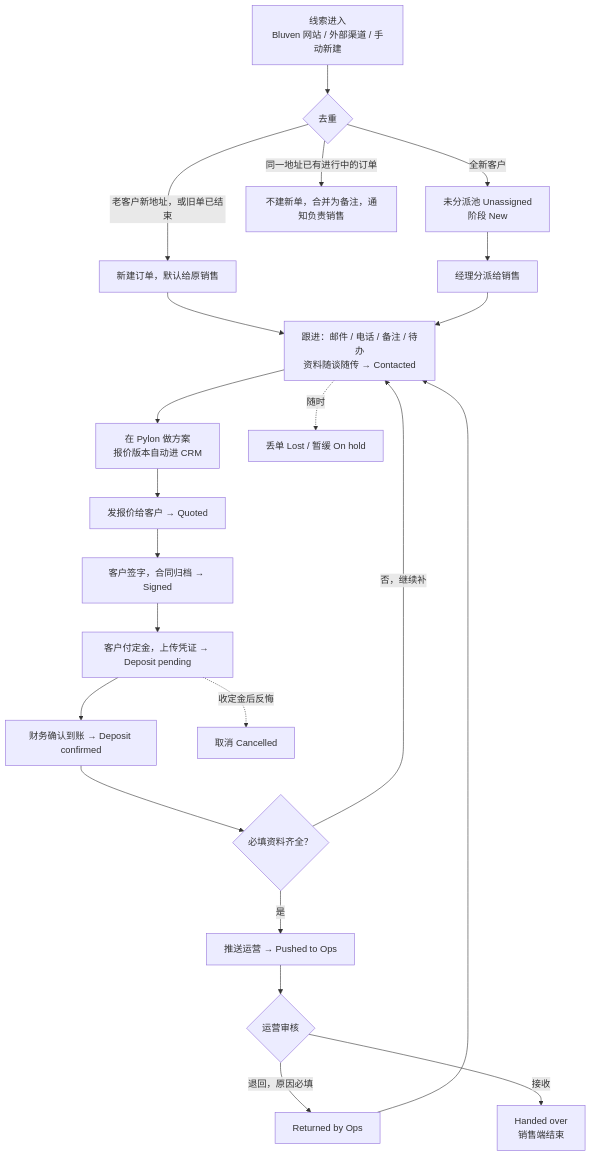
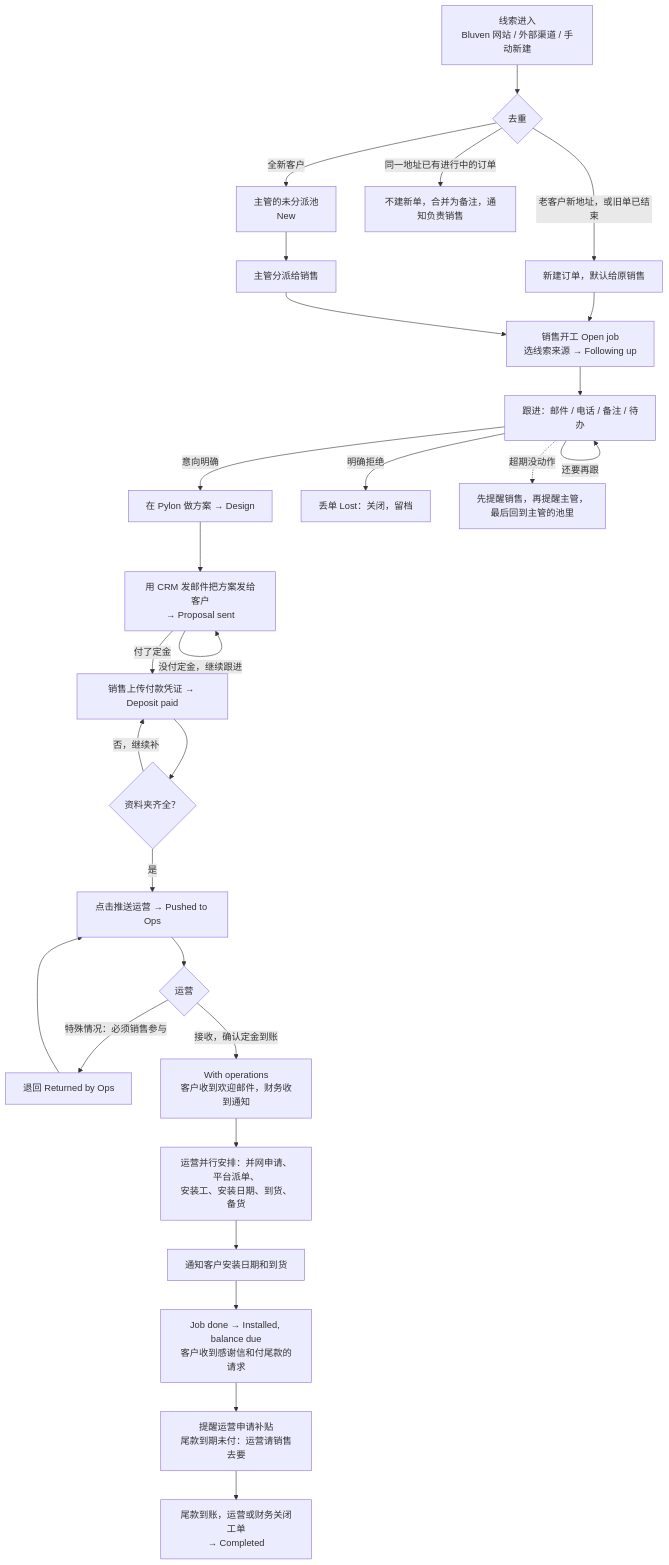
Before and after one commit to DDuu123321/bluven-crm: the diagram in docs/sales-process-guide.md, drawn with Mermaid. The commit also changed other lines of this file and 4 other files, not shown here.

First line of the commit message:
Documents rewritten for the flow from lead to closed job

````diff
--- a/docs/sales-process-guide.md
+++ b/docs/sales-process-guide.md
@@ -55,22 +65,28 @@
 ```mermaid
 flowchart TD
   A["线索进入<br/>Bluven 网站 / 外部渠道 / 手动新建"] --> B{"去重"}
-  B -->|"全新客户"| C["未分派池 Unassigned<br/>阶段 New"]
-  B -->|"老客户新地址，或旧单已结束"| C2["新建订单，默认给原销售"] --> F
+  B -->|"全新客户"| C["主管的未分派池<br/>New"]
+  B -->|"老客户新地址，或旧单已结束"| C2["新建订单，默认给原销售"] --> E2
   B -->|"同一地址已有进行中的订单"| D["不建新单，合并为备注，通知负责销售"]
-  C --> E["经理分派给销售"]
-  E --> F["跟进：邮件 / 电话 / 备注 / 待办<br/>资料随谈随传 → Contacted"]
-  F --> G["在 Pylon 做方案<br/>报价版本自动进 CRM"]
-  G --> H["发报价给客户 → Quoted"]
-  H --> I["客户签字，合同归档 → Signed"]
-  I --> J["客户付定金，上传凭证 → Deposit pending"]
-  J --> K["财务确认到账 → Deposit confirmed"]
-  K --> L{"必填资料齐全？"}
-  L -->|"否，继续补"| F
-  L -->|"是"| M["推送运营 → Pushed to Ops"]
-  M --> N{"运营审核"}
-  N -->|"退回，原因必填"| O["Returned by Ops"] --> F
-  N -->|"接收"| P["Handed over<br/>销售端结束"]
-  F -.->|"随时"| X["丢单 Lost / 暂缓 On hold"]
-  J -.->|"收定金后反悔"| Y["取消 Cancelled"]
+  C --> E["主管分派给销售"]
+  E --> E2["销售开工 Open job<br/>选线索来源 → Following up"]
+  E2 --> F["跟进：邮件 / 电话 / 备注 / 待办"]
+  F -->|"意向明确"| G["在 Pylon 做方案 → Design"]
+  F -->|"还要再跟"| F
+  F -->|"明确拒绝"| X["丢单 Lost：关闭，留档"]
+  F -.->|"超期没动作"| R["先提醒销售，再提醒主管，<br/>最后回到主管的池里"]
+  G --> H["用 CRM 发邮件把方案发给客户<br/>→ Proposal sent"]
+  H -->|"没付定金，继续跟进"| H
+  H -->|"付了定金"| J["销售上传付款凭证 → Deposit paid"]
+  J --> L{"资料夹齐全？"}
+  L -->|"否，继续补"| J
+  L -->|"是"| M["点击推送运营 → Pushed to Ops"]
+  M --> N{"运营"}
+  N -->|"特殊情况：必须销售参与"| O["退回 Returned by Ops"] --> M
+  N -->|"接收，确认定金到账"| P["With operations<br/>客户收到欢迎邮件，财务收到通知"]
+  P --> Q["运营并行安排：并网申请、平台派单、<br/>安装工、安装日期、到货、备货"]
+  Q --> S["通知客户安装日期和到货"]
+  S --> T["Job done → Installed, balance due<br/>客户收到感谢信和付尾款的请求"]
+  T --> U["提醒运营申请补贴<br/>尾款到期未付：运营请销售去要"]
+  U --> V["尾款到账，运营或财务关闭工单<br/>→ Completed"]
 ```
````
